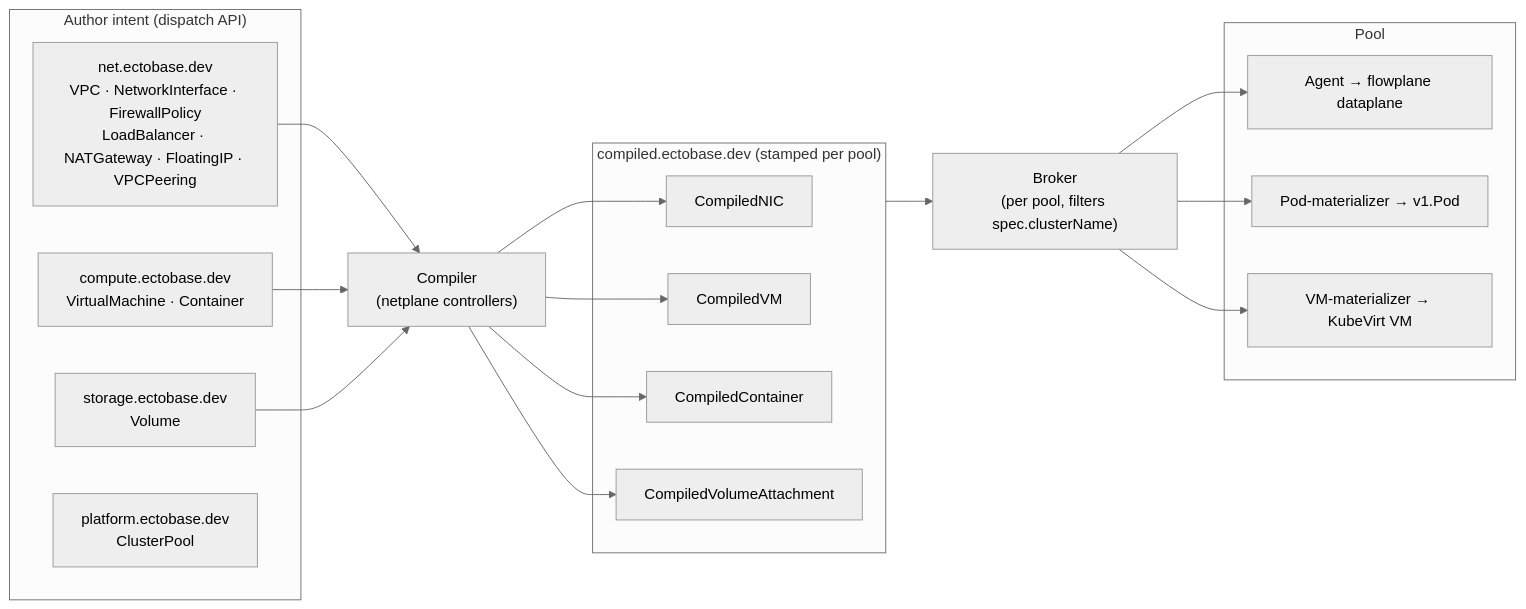
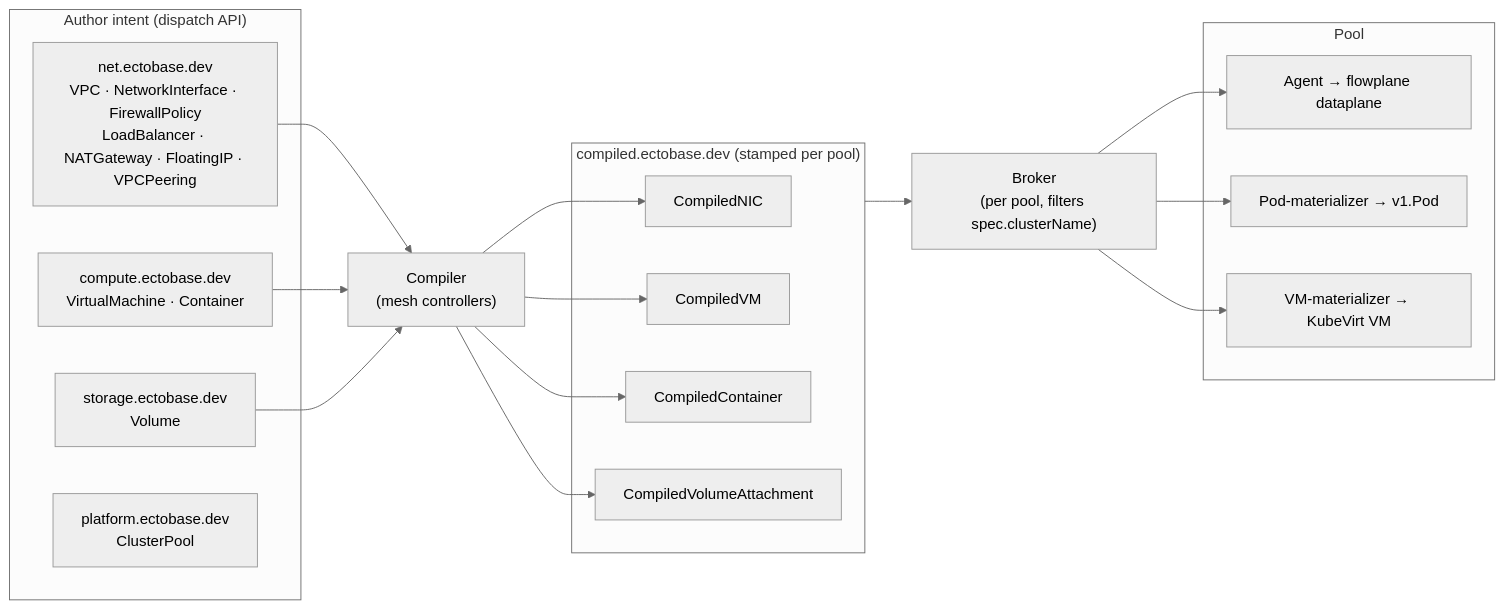
One commit to trevex/ectobase changed the diagram in docs/concepts/intent-to-datapath.md. Above: the diagram before and after it, drawn with Mermaid (neutral theme). The commit also changed other lines of this file and 197 other files, not shown here.

First line of the commit message:
refactor: rename subproject netplane -> mesh

````diff
--- a/docs/concepts/intent-to-datapath.md
+++ b/docs/concepts/intent-to-datapath.md
@@ -14,35 +14,35 @@
 ```mermaid
 flowchart LR
     subgraph author["Author intent (dispatch API)"]
         net["net.ectobase.dev<br/>VPC · NetworkInterface · FirewallPolicy<br/>LoadBalancer · NATGateway · FloatingIP · VPCPeering"]
         compute["compute.ectobase.dev<br/>VirtualMachine · Container"]
         storage["storage.ectobase.dev<br/>Volume"]
         platform["platform.ectobase.dev<br/>ClusterPool"]
     end
 
-    compiler["Compiler<br/>(netplane controllers)"]
+    compiler["Compiler<br/>(mesh controllers)"]
 
     subgraph compiled["compiled.ectobase.dev (stamped per pool)"]
         cnic["CompiledNIC"]
         cvm["CompiledVM"]
         cctr["CompiledContainer"]
         cva["CompiledVolumeAttachment"]
     end
 
     broker["Broker<br/>(per pool, filters spec.clusterName)"]
 
     subgraph pool["Pool"]
         agent["Agent → flowplane dataplane"]
         podmat["Pod-materializer → v1.Pod"]
         vmmat["VM-materializer → KubeVirt VM"]
     end
 
     net --> compiler
     compute --> compiler
     storage --> compiler
     compiler --> cnic & cvm & cctr & cva
     compiled --> broker
     broker --> agent
     broker --> podmat
     broker --> vmmat
 ```
````
